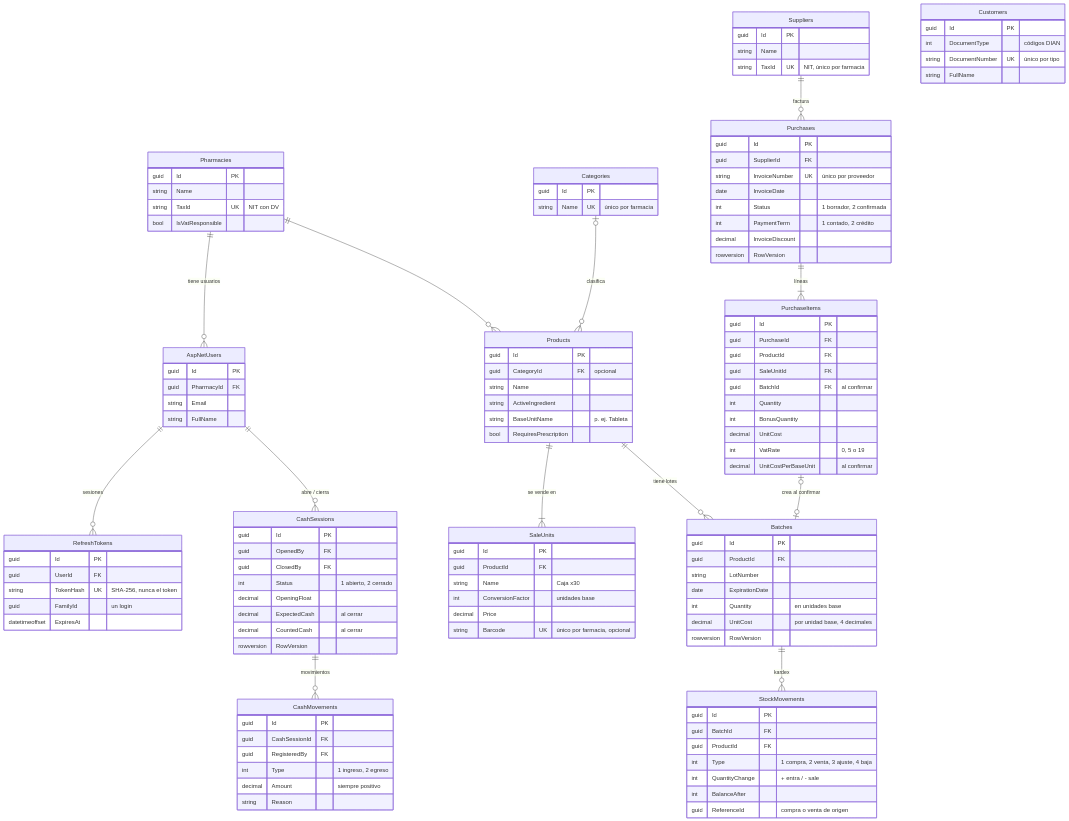
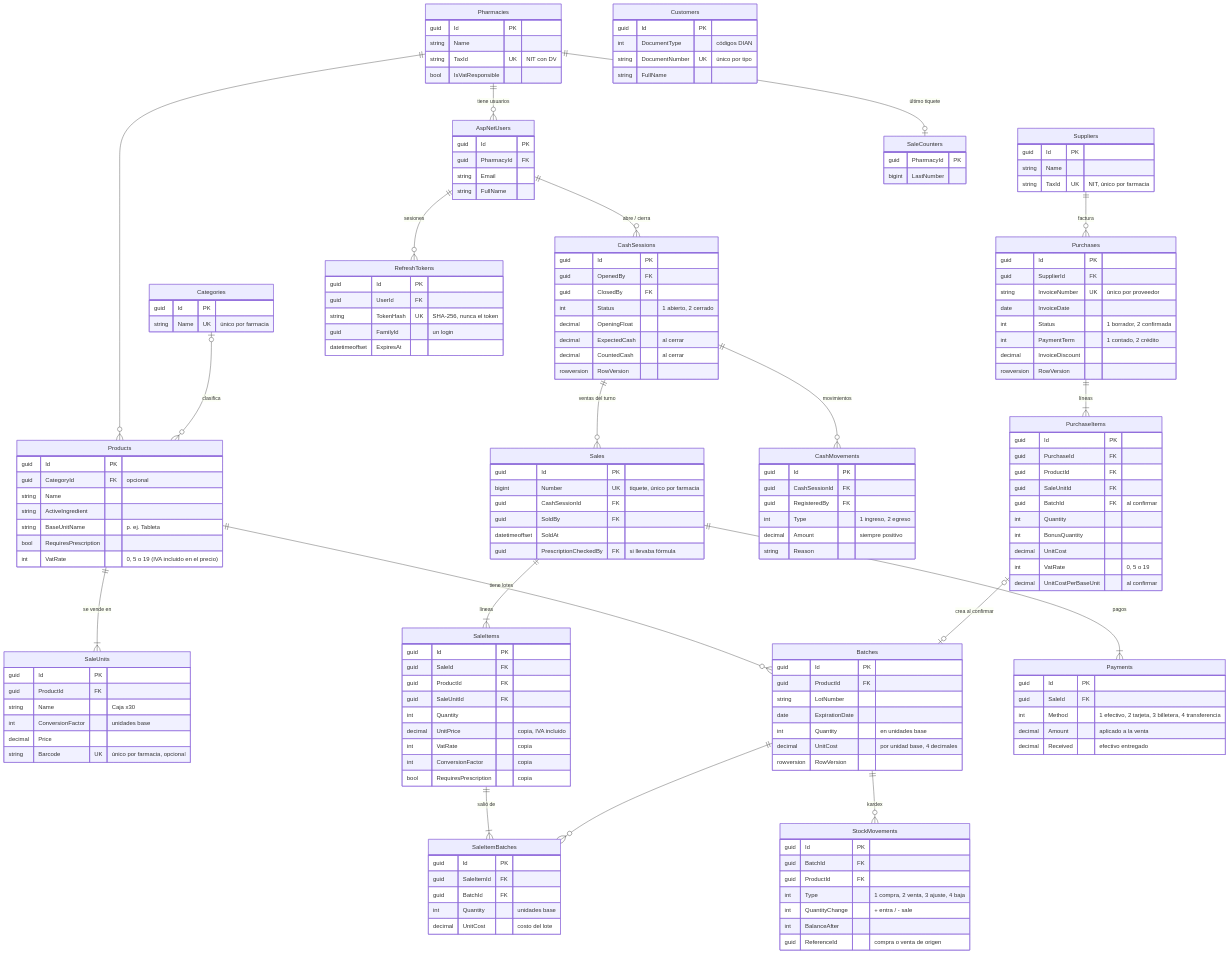
The diagram in docs/base-de-datos.md (99JAAQ/farmacia-saas), drawn with Mermaid before and after one commit. The commit also changed other lines of this file and 29 other files, not shown here.

First line of the commit message:
feat: agregar registro de ventas con consecutivo de tiquete, transacción única y efectivo en caja

```diff
--- a/docs/base-de-datos.md
+++ b/docs/base-de-datos.md
@@ -20,6 +20,12 @@
     AspNetUsers ||--o{ RefreshTokens : "sesiones"
     AspNetUsers ||--o{ CashSessions : "abre / cierra"
     CashSessions ||--o{ CashMovements : "movimientos"
+    CashSessions ||--o{ Sales : "ventas del turno"
+    Sales ||--|{ SaleItems : "líneas"
+    Sales ||--|{ Payments : "pagos"
+    SaleItems ||--|{ SaleItemBatches : "salió de"
+    Batches ||--o{ SaleItemBatches : ""
+    Pharmacies ||--o| SaleCounters : "último tiquete"
 
     Pharmacies {
         guid Id PK
@@ -44,6 +50,7 @@
         string ActiveIngredient
         string BaseUnitName "p. ej. Tableta"
         bool RequiresPrescription
+        int VatRate "0, 5 o 19 (IVA incluido en el precio)"
     }
     SaleUnits {
         guid Id PK
@@ -121,6 +128,43 @@
         decimal CountedCash "al cerrar"
         rowversion RowVersion
     }
+    Sales {
+        guid Id PK
+        bigint Number UK "tiquete, único por farmacia"
+        guid CashSessionId FK
+        guid SoldBy FK
+        datetimeoffset SoldAt
+        guid PrescriptionCheckedBy FK "si llevaba fórmula"
+    }
+    SaleItems {
+        guid Id PK
+        guid SaleId FK
+        guid ProductId FK
+        guid SaleUnitId FK
+        int Quantity
+        decimal UnitPrice "copia, IVA incluido"
+        int VatRate "copia"
+        int ConversionFactor "copia"
+        bool RequiresPrescription "copia"
+    }
+    SaleItemBatches {
+        guid Id PK
+        guid SaleItemId FK
+        guid BatchId FK
+        int Quantity "unidades base"
+        decimal UnitCost "costo del lote"
+    }
+    Payments {
+        guid Id PK
+        guid SaleId FK
+        int Method "1 efectivo, 2 tarjeta, 3 billetera, 4 transferencia"
+        decimal Amount "aplicado a la venta"
+        decimal Received "efectivo entregado"
+    }
+    SaleCounters {
+        guid PharmacyId PK
+        bigint LastNumber
+    }
     CashMovements {
         guid Id PK
         guid CashSessionId FK
```
